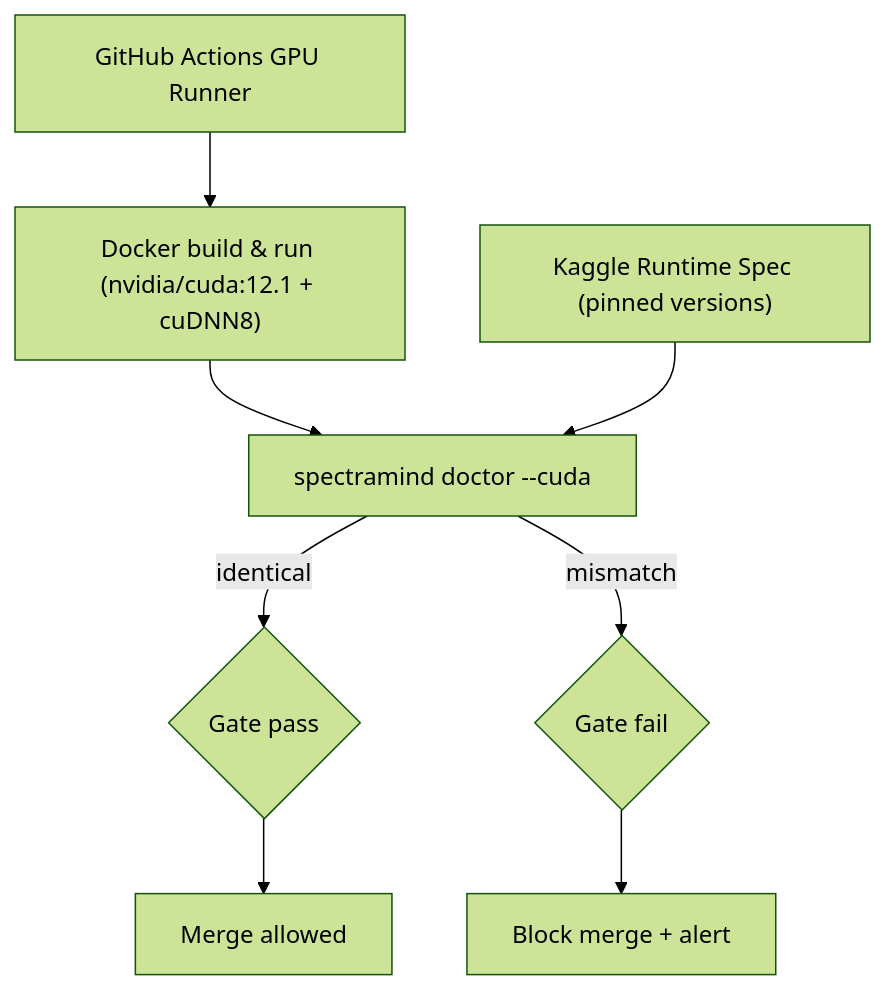
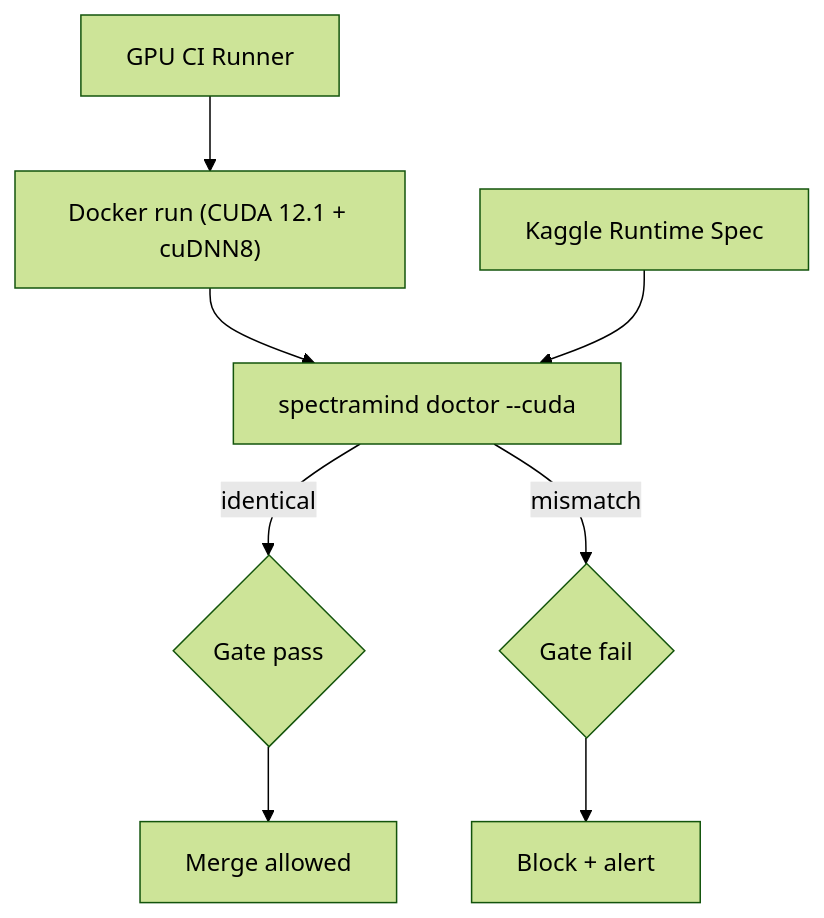
Before and after one commit to bartytime4life/SpectralMindV50: the diagram in ADR/0003-ci-cuda-parity.md, drawn with Mermaid (forest theme). The commit also changed other lines of this file, not shown here.

Commit message:
Revise CUDA parity ADR for clarity and consistency

````diff
--- a/ADR/0003-ci-cuda-parity.md
+++ b/ADR/0003-ci-cuda-parity.md
@@ -72,11 +67,10 @@
 ```mermaid
 flowchart TD
-  A[GitHub Actions GPU Runner] --> B["Docker build & run (nvidia/cuda:12.1 + cuDNN8)"]
+  A[GPU CI Runner] --> B["Docker run (CUDA 12.1 + cuDNN8)"]
   B --> C[spectramind doctor --cuda]
-  D["Kaggle Runtime Spec (pinned versions)"] --> C
+  D["Kaggle Runtime Spec"] --> C
   C -->|identical| E{Gate pass}
   C -->|mismatch| F{Gate fail}
   E --> G[Merge allowed]
-  F --> H[Block merge + alert]
-
+  F --> H[Block + alert]
 ```
````
